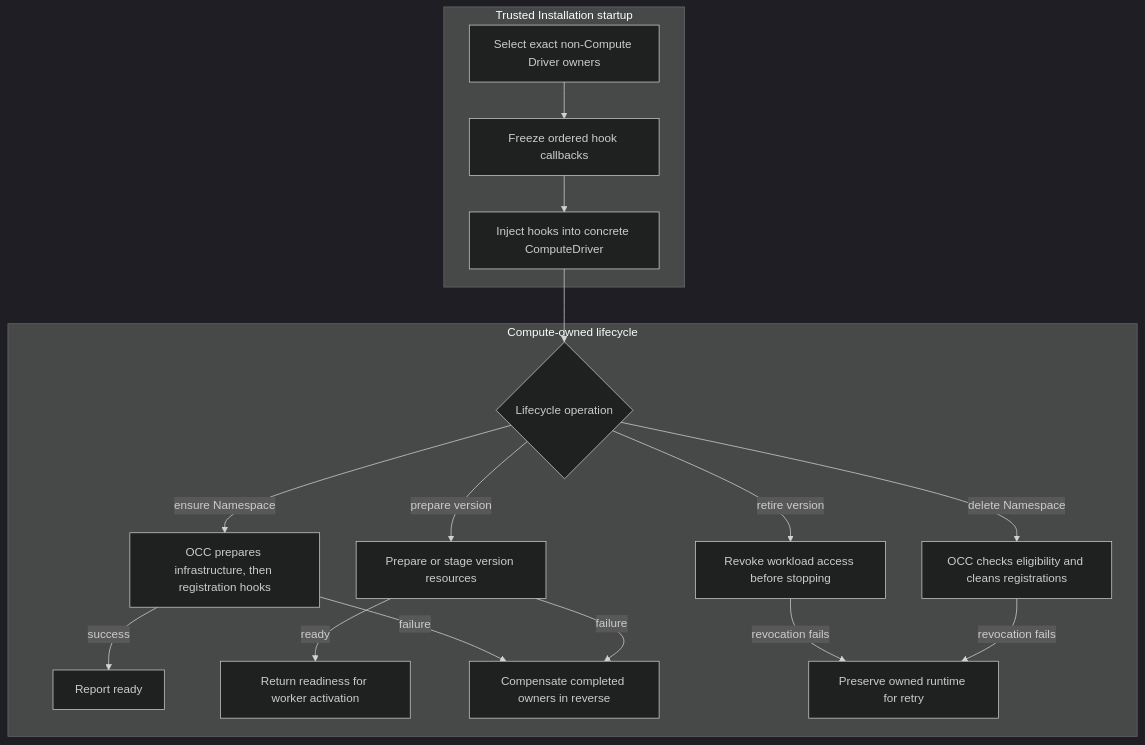
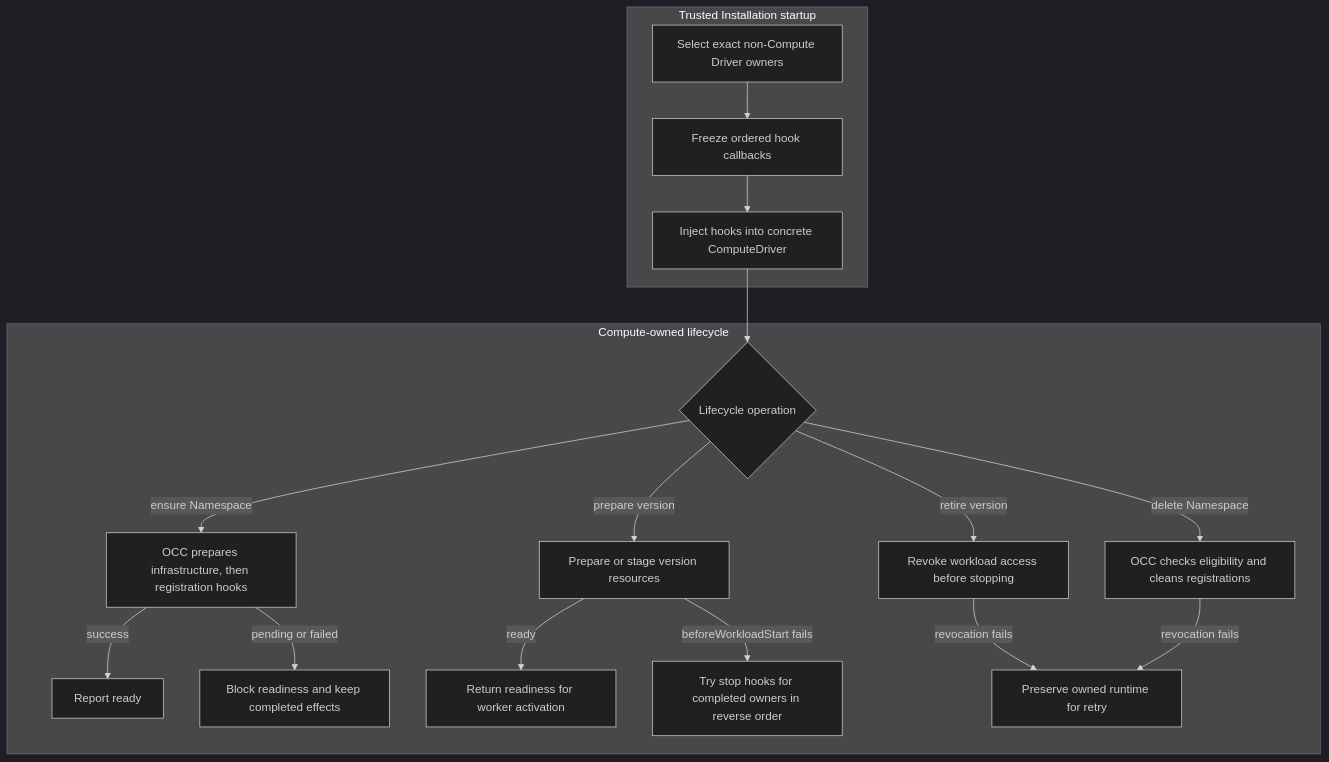
One commit to openclaw/openclaw-enterprise changed the diagram in docs/flows/compute-driver-lifecycle-hooks.md. Above: the diagram before and after it, drawn with Mermaid (dark theme). The commit also changed other lines of this file, not shown here.

Commit message:
docs: distinguish Namespace setup from workload hook cleanup

````diff
--- a/docs/flows/compute-driver-lifecycle-hooks.md
+++ b/docs/flows/compute-driver-lifecycle-hooks.md
@@ -28,21 +28,21 @@
 ```mermaid
 graph TD
   subgraph Startup["Trusted Installation startup"]
     A["Select exact non-Compute Driver owners"] --> B["Freeze ordered hook callbacks"]
     B --> C["Inject hooks into concrete ComputeDriver"]
   end
 
   subgraph Lifecycle["Compute-owned lifecycle"]
     C --> D{"Lifecycle operation"}
     D -->|ensure Namespace| E["OCC prepares infrastructure, then registration hooks"]
     D -->|prepare version| F["Prepare or stage version resources"]
     D -->|retire version| G["Revoke workload access before stopping"]
     D -->|delete Namespace| H["OCC checks eligibility and cleans registrations"]
     E -->|success| I["Report ready"]
     F -->|ready| J["Return readiness for worker activation"]
-    E -->|failure| K["Compensate completed owners in reverse"]
-    F -->|failure| K
+    E -->|pending or failed| M["Block readiness and keep completed effects"]
+    F -->|beforeWorkloadStart fails| K["Try stop hooks for completed owners in reverse order"]
     G -->|revocation fails| L["Preserve owned runtime for retry"]
     H -->|revocation fails| L
   end
 ```
````
